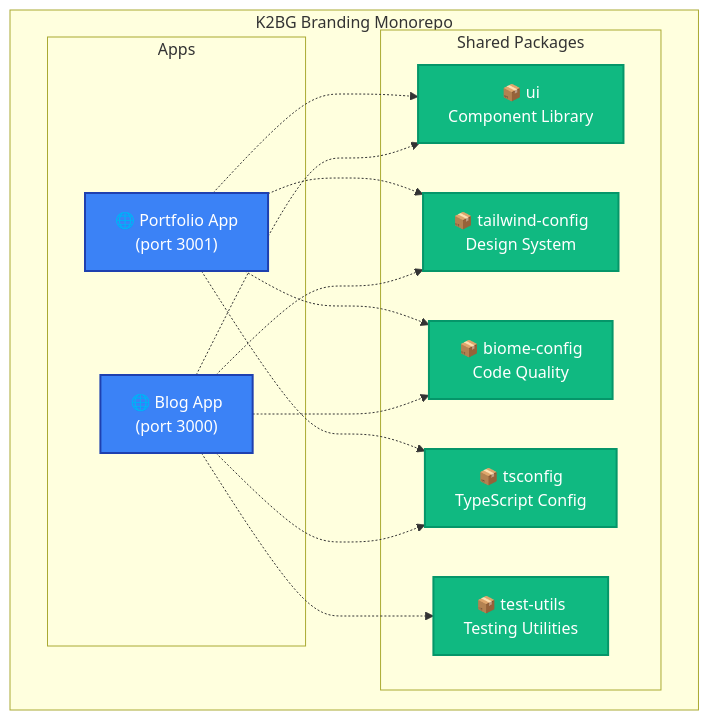
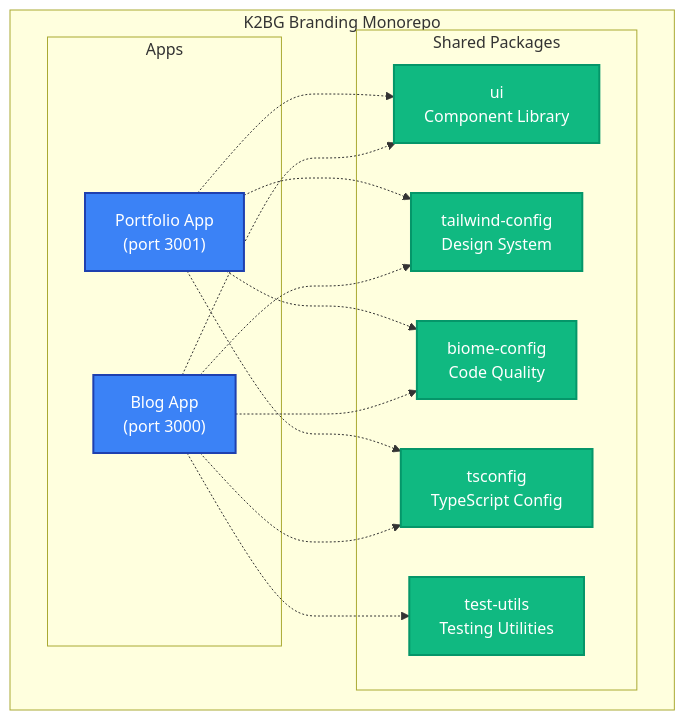
The first of 2 diagrams in README.md (k2bg-technology/k2bg-branding), drawn with Mermaid before and after one commit. The commit also changed other lines of this file, not shown here.

````diff
--- a/README.md
+++ b/README.md
@@ -117,34 +91,34 @@
 ```mermaid
 flowchart TB
     subgraph "K2BG Branding Monorepo"
         subgraph "Apps"
-            Blog["🌐 Blog App<br/>(port 3000)"]
-            Portfolio["🌐 Portfolio App<br/>(port 3001)"]
+            Blog["Blog App<br/> (port 3000)"]
+            Portfolio["Portfolio App<br/> (port 3001)"]
         end
 
         subgraph "Shared Packages"
-            UI["📦 ui<br/>Component Library"]
-            TailwindConfig["📦 tailwind-config<br/>Design System"]
-            BiomeConfig["📦 biome-config<br/>Code Quality"]
-            TSConfig["📦 tsconfig<br/>TypeScript Config"]
-            TestUtils["📦 test-utils<br/>Testing Utilities"]
+            UI["ui<br/>Component Library"]
+            TailwindConfig["tailwind-config<br/>Design System"]
+            BiomeConfig["biome-config<br/>Code Quality"]
+            TSConfig["tsconfig<br/>TypeScript Config"]
+            TestUtils["test-utils<br/>Testing Utilities"]
         end
     end
 
     Blog -.-> UI
     Blog -.-> TailwindConfig
     Blog -.-> BiomeConfig
     Blog -.-> TSConfig
     Blog -.-> TestUtils
 
     Portfolio -.-> UI
     Portfolio -.-> TailwindConfig
     Portfolio -.-> BiomeConfig
     Portfolio -.-> TSConfig
 
     classDef appStyle fill:#3B82F6,stroke:#1E40AF,stroke-width:2px,color:#fff
     classDef packageStyle fill:#10B981,stroke:#059669,stroke-width:2px,color:#fff
 
     class Blog,Portfolio appStyle
     class UI,TailwindConfig,BiomeConfig,TSConfig,TestUtils packageStyle
 ```
````
